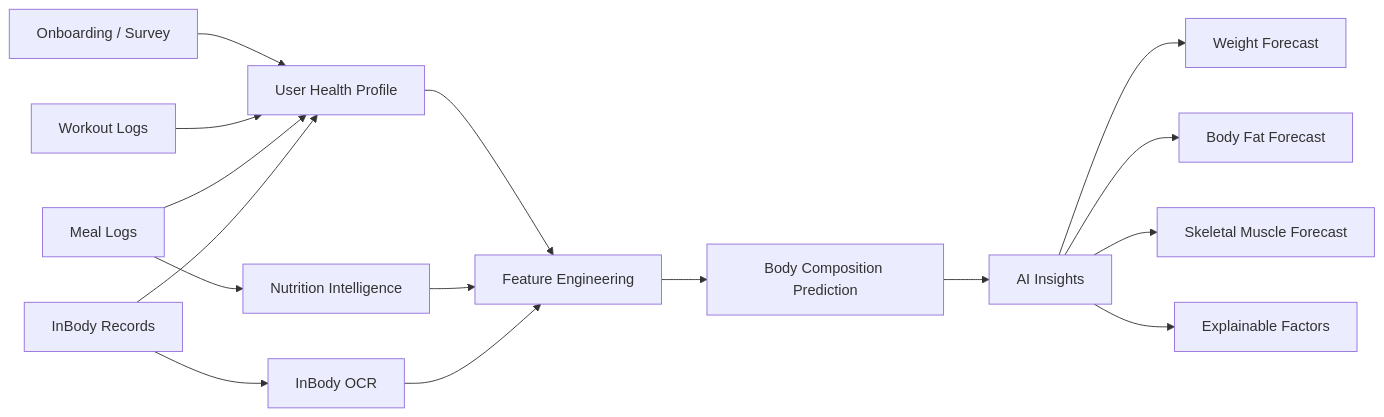
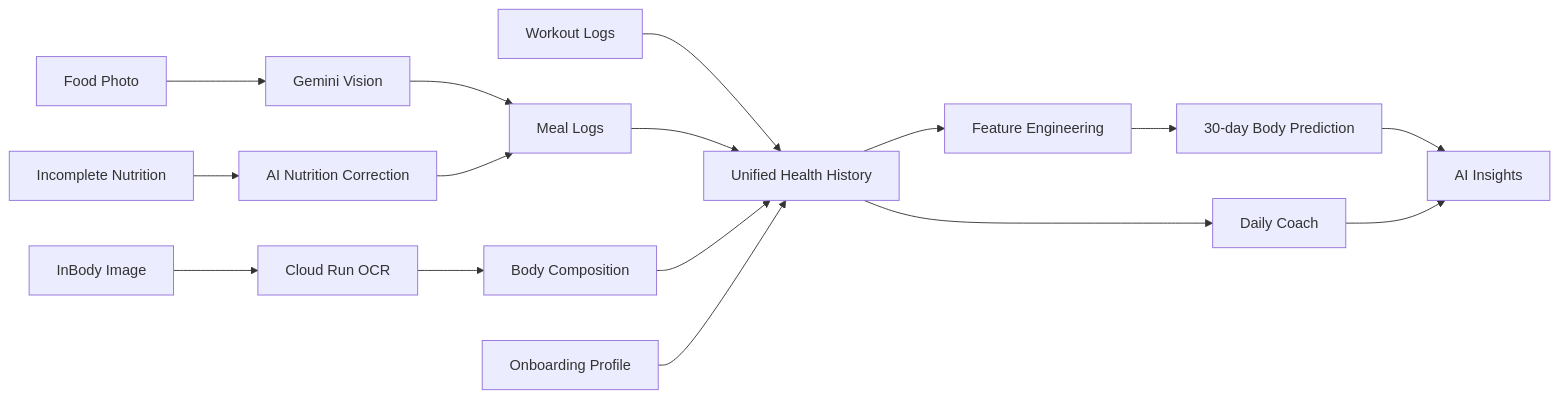
The first of 3 diagrams in README.md (Bbang03/fitness-app), drawn with Mermaid before and after one commit. The commit also changed other lines of this file, not shown here.

````diff
--- a/README.md
+++ b/README.md
@@ -54,22 +154,24 @@
 ```mermaid
 flowchart LR
-    A[Onboarding / Survey] --> E[User Health Profile]
-    B[Workout Logs] --> E
-    C[Meal Logs] --> E
-    D[InBody Records] --> E
+    W[Workout Logs] --> H[Unified Health History]
+    M[Meal Logs] --> H
+    B[Body Composition] --> H
+    S[Onboarding Profile] --> H
 
-    C --> F[Nutrition Intelligence]
-    D --> G[InBody OCR]
+    P[Food Photo] --> V[Gemini Vision]
+    V --> M
 
-    E --> H[Feature Engineering]
-    F --> H
-    G --> H
+    N[Incomplete Nutrition] --> NC[AI Nutrition Correction]
+    NC --> M
 
-    H --> I[Body Composition Prediction]
-    I --> J[AI Insights]
+    I[InBody Image] --> O[Cloud Run OCR]
+    O --> B
 
-    J --> K[Weight Forecast]
-    J --> L[Body Fat Forecast]
-    J --> M[Skeletal Muscle Forecast]
-    J --> N[Explainable Factors]
+    H --> F[Feature Engineering]
+    F --> BP[30-day Body Prediction]
+
+    H --> DC[Daily Coach]
+
+    BP --> AI[AI Insights]
+    DC --> AI
 ```
````
